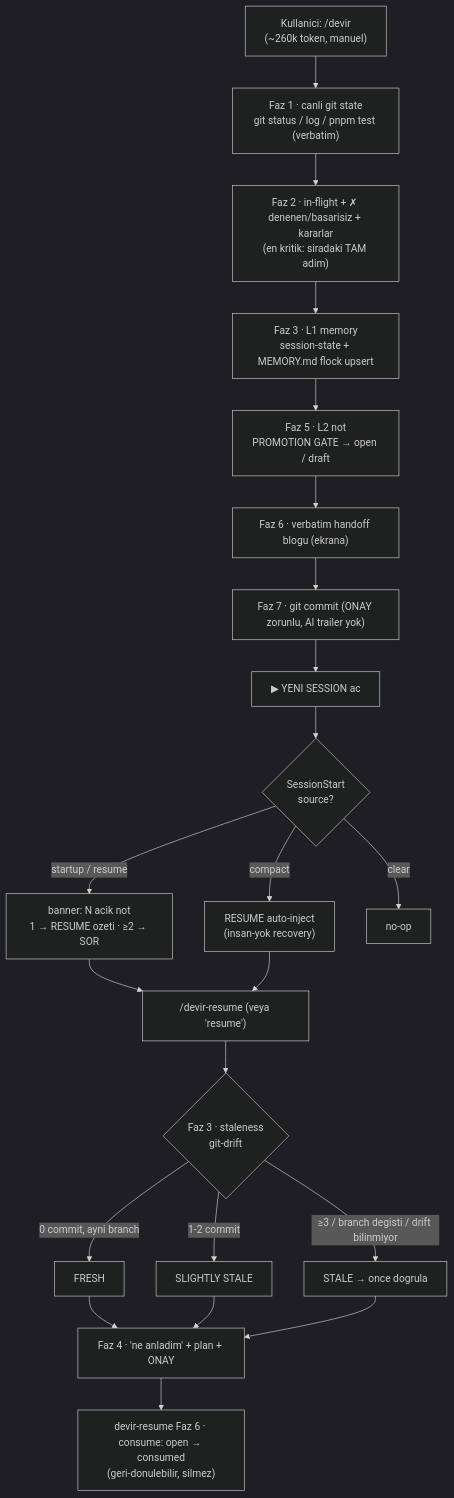
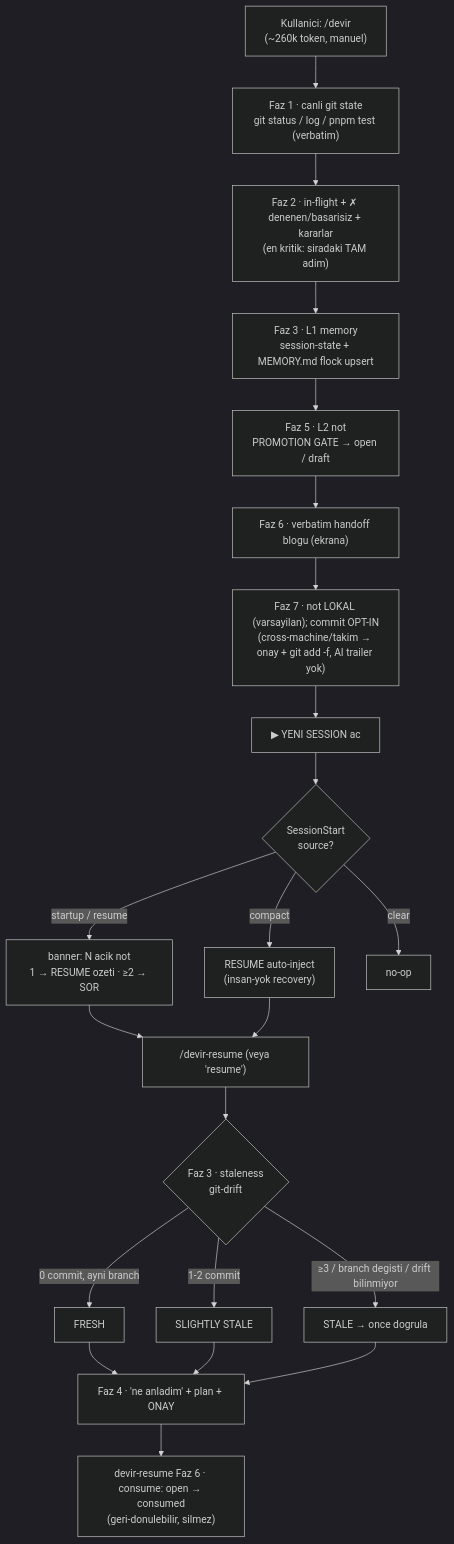
Before and after one commit to ibrahimSumbul/claude-harness: the second of 3 diagrams in docs/workflow.md, drawn with Mermaid (dark theme). The commit also changed other lines of this file and 3 other files, not shown here.

First line of the commit message:
feat(devir): L2 not lokal-varsayılan + commit opt-in

````diff
--- a/docs/workflow.md
+++ b/docs/workflow.md
@@ -65,24 +67,24 @@
 ```mermaid
 flowchart TD
     A["Kullanici: /devir<br/>(~260k token, manuel)"] --> B["Faz 1 · canli git state<br/>git status / log / pnpm test (verbatim)"]
     B --> C["Faz 2 · in-flight + ✗ denenen/basarisiz + kararlar<br/>(en kritik: siradaki TAM adim)"]
     C --> D["Faz 3 · L1 memory<br/>session-state + MEMORY.md flock upsert"]
     D --> E["Faz 5 · L2 not<br/>PROMOTION GATE → open / draft"]
     E --> F["Faz 6 · verbatim handoff blogu (ekrana)"]
-    F --> G["Faz 7 · git commit (ONAY zorunlu, AI trailer yok)"]
+    F --> G["Faz 7 · not LOKAL (varsayilan); commit OPT-IN<br/>(cross-machine/takim → onay + git add -f, AI trailer yok)"]
     G --> H["▶ YENI SESSION ac"]
     H --> I{"SessionStart<br/>source?"}
     I -->|startup / resume| J["banner: N acik not<br/>1 → RESUME ozeti · ≥2 → SOR"]
     I -->|compact| K["RESUME auto-inject<br/>(insan-yok recovery)"]
     I -->|clear| Z["no-op"]
     J --> L["/devir-resume (veya 'resume')"]
     K --> L
     L --> M{"Faz 3 · staleness<br/>git-drift"}
     M -->|0 commit, ayni branch| FR["FRESH"]
     M -->|1-2 commit| SS["SLIGHTLY STALE"]
     M -->|≥3 / branch degisti / drift bilinmiyor| ST["STALE → once dogrula"]
     FR --> N["Faz 4 · 'ne anladim' + plan + ONAY"]
     SS --> N
     ST --> N
     N --> O["devir-resume Faz 6 · consume: open → consumed<br/>(geri-donulebilir, silmez)"]
 ```
````
